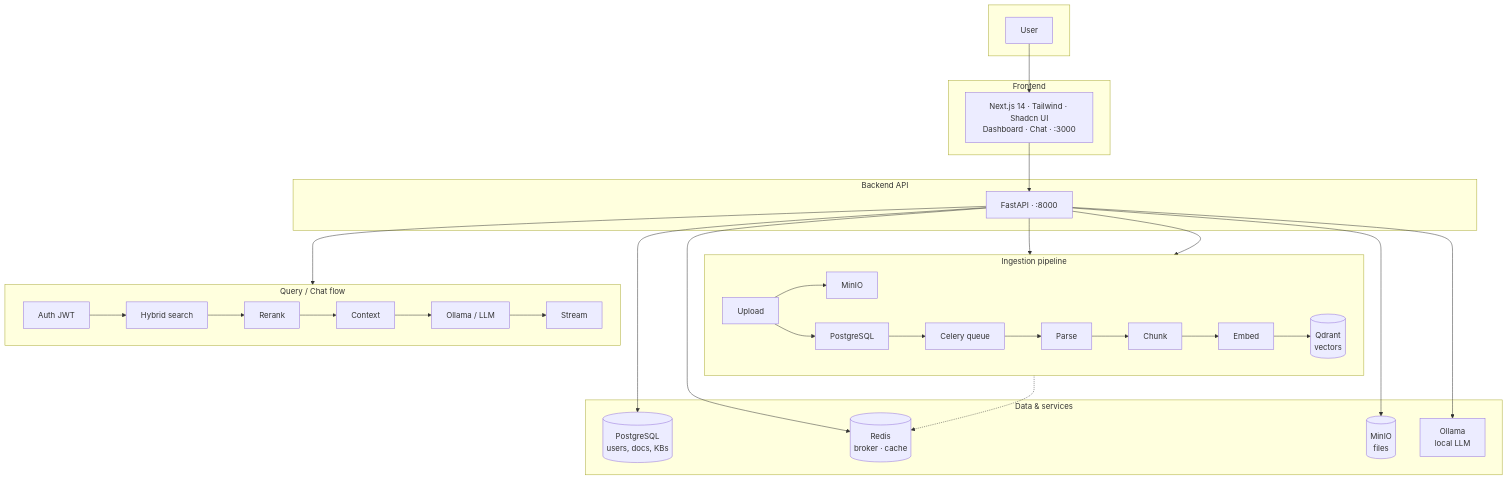
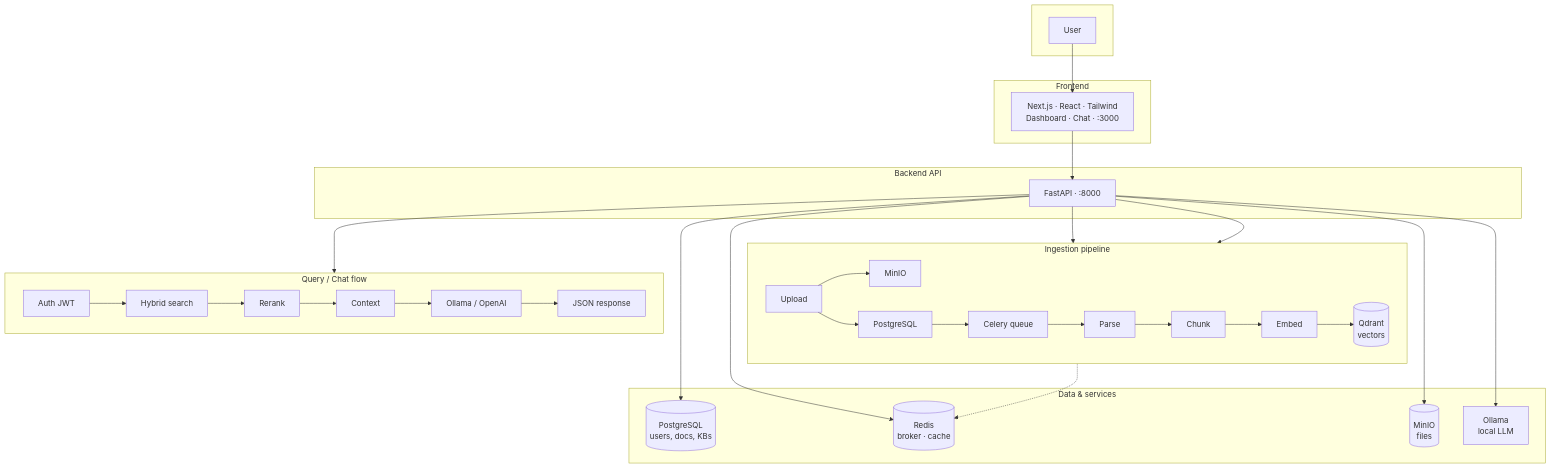
Before and after one commit to aniketgiri96/Ragnetic: the first of 3 diagrams in docs/architecture/diagram.md, drawn with Mermaid. The commit also changed other lines of this file and 38 other files, not shown here.

````diff
--- a/docs/architecture/diagram.md
+++ b/docs/architecture/diagram.md
@@ -5,53 +5,53 @@
 ```mermaid
 flowchart TB
   subgraph User[" "]
     U[User]
   end
 
   subgraph UI["Frontend"]
-    FE[Next.js 14 · Tailwind · Shadcn UI<br/>Dashboard · Chat · :3000]
+    FE[Next.js · React · Tailwind<br/>Dashboard · Chat · :3000]
   end
 
   subgraph API["Backend API"]
     BE[FastAPI · :8000]
   end
 
   subgraph Ingestion["Ingestion pipeline"]
     direction LR
     UP[Upload] --> STORE[MinIO]
     UP --> REC[PostgreSQL]
     REC --> CQ[Celery queue]
     CQ --> PARSE[Parse]
     PARSE --> CHUNK[Chunk]
     CHUNK --> EMBED[Embed]
     EMBED --> QD[Qdrant]
   end
 
   subgraph Query["Query / Chat flow"]
     direction LR
     AUTH[Auth JWT] --> HYBRID[Hybrid search]
     HYBRID --> RERANK[Rerank]
     RERANK --> CTX[Context]
-    CTX --> LLM[Ollama / LLM]
-    LLM --> STREAM[Stream]
+    CTX --> LLM[Ollama / OpenAI]
+    LLM --> RESP[JSON response]
   end
 
   subgraph Data["Data & services"]
     PG[(PostgreSQL<br/>users, docs, KBs)]
     QD[(Qdrant<br/>vectors)]
     REDIS[(Redis<br/>broker · cache)]
     MINIO[(MinIO<br/>files)]
     OLLAMA[Ollama<br/>local LLM]
   end
 
   U --> FE
   FE --> BE
   BE --> Ingestion
   BE --> Query
   BE --> PG
   BE --> QD
   BE --> REDIS
   BE --> MINIO
   BE --> OLLAMA
   CQ -.-> REDIS
 ```
````
